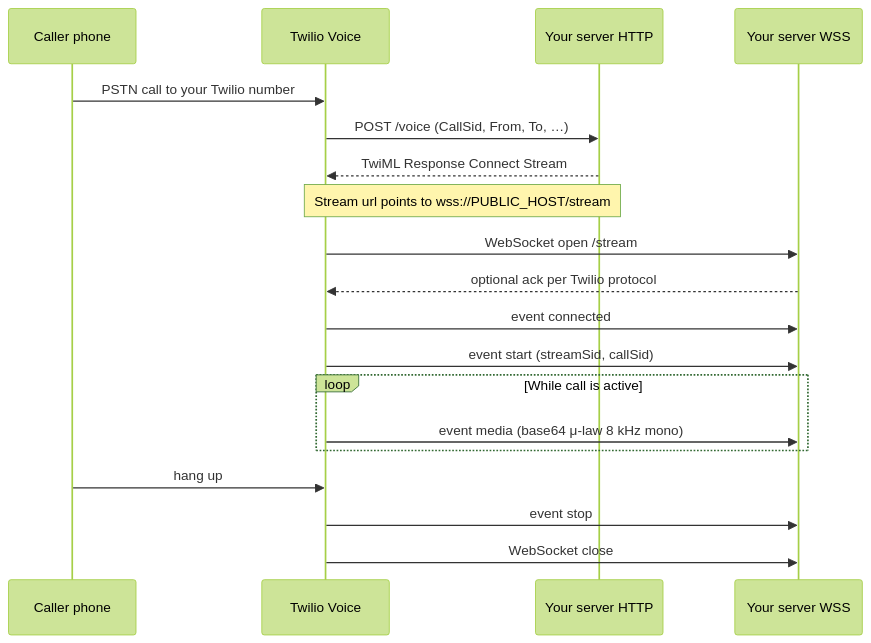
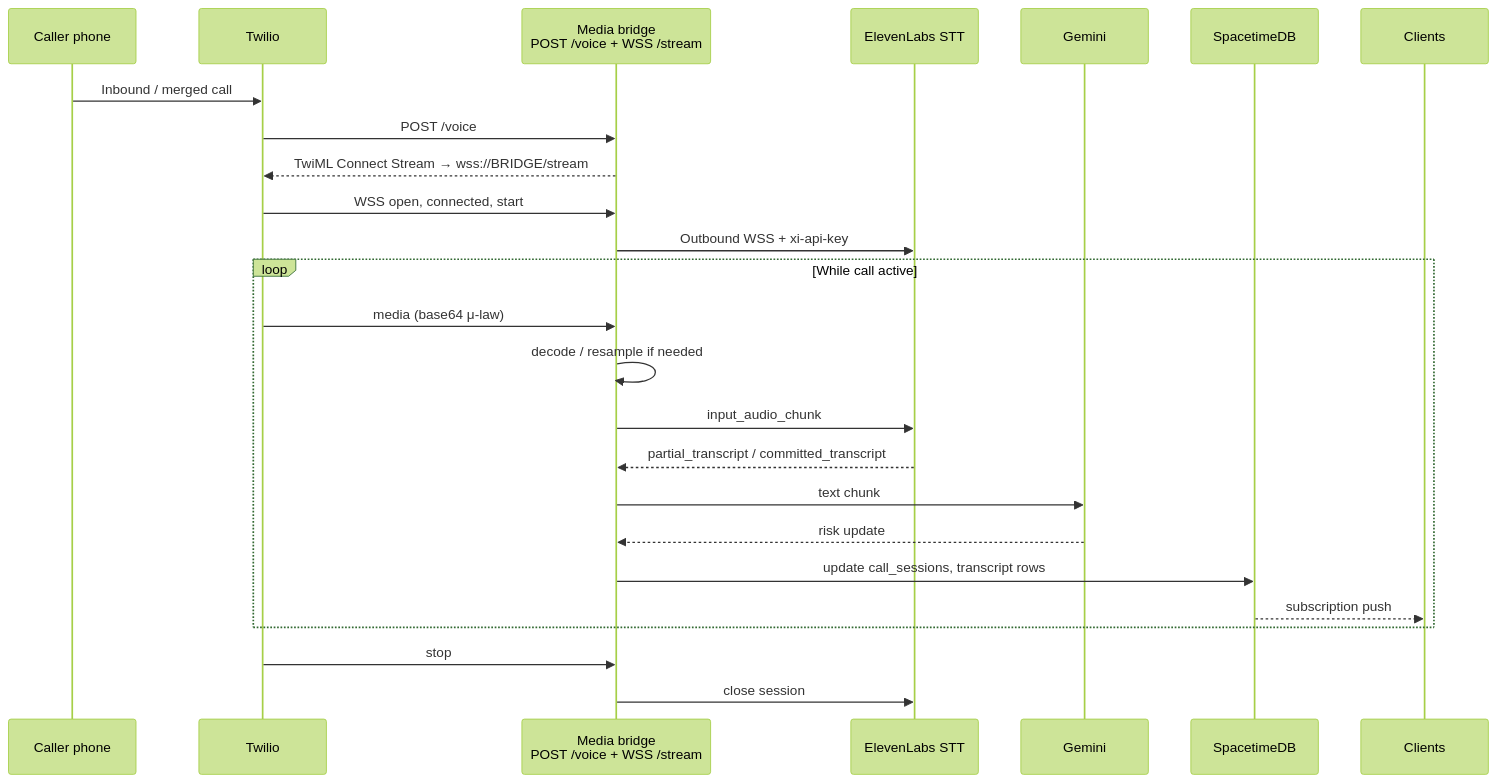
The second of 2 diagrams in Twilio/ARCHITECTURE.md (RajaRakshith/MHacks-2026), drawn with Mermaid (forest theme) before and after one commit. The commit also changed other lines of this file, not shown here.

````diff
--- a/Twilio/ARCHITECTURE.md
+++ b/Twilio/ARCHITECTURE.md
@@ -25,22 +63,28 @@
 ```mermaid
 sequenceDiagram
   participant Caller as Caller phone
-  participant Twilio as Twilio Voice
-  participant HTTP as Your server HTTP
-  participant WS as Your server WSS
+  participant Twilio as Twilio
+  participant Bridge as Media bridge<br/>POST /voice + WSS /stream
+  participant EL as ElevenLabs STT
+  participant Gemini as Gemini
+  participant STDB as SpacetimeDB
+  participant UI as Clients
 
-  Caller->>Twilio: PSTN call to your Twilio number
-  Twilio->>HTTP: POST /voice (CallSid, From, To, …)
-  HTTP-->>Twilio: TwiML Response Connect Stream
-  Note over HTTP,Twilio: Stream url points to wss://PUBLIC_HOST/stream
-  Twilio->>WS: WebSocket open /stream
-  WS-->>Twilio: optional ack per Twilio protocol
-  Twilio->>WS: event connected
-  Twilio->>WS: event start (streamSid, callSid)
-  loop While call is active
-    Twilio->>WS: event media (base64 μ-law 8 kHz mono)
+  Caller->>Twilio: Inbound / merged call
+  Twilio->>Bridge: POST /voice
+  Bridge-->>Twilio: TwiML Connect Stream → wss://BRIDGE/stream
+  Twilio->>Bridge: WSS open, connected, start
+  Bridge->>EL: Outbound WSS + xi-api-key
+  loop While call active
+    Twilio->>Bridge: media (base64 μ-law)
+    Bridge->>Bridge: decode / resample if needed
+    Bridge->>EL: input_audio_chunk
+    EL-->>Bridge: partial_transcript / committed_transcript
+    Bridge->>Gemini: text chunk
+    Gemini-->>Bridge: risk update
+    Bridge->>STDB: update call_sessions, transcript rows
+    STDB-->>UI: subscription push
   end
-  Caller->>Twilio: hang up
-  Twilio->>WS: event stop
-  Twilio->>WS: WebSocket close
+  Twilio->>Bridge: stop
+  Bridge->>EL: close session
 ```
````
